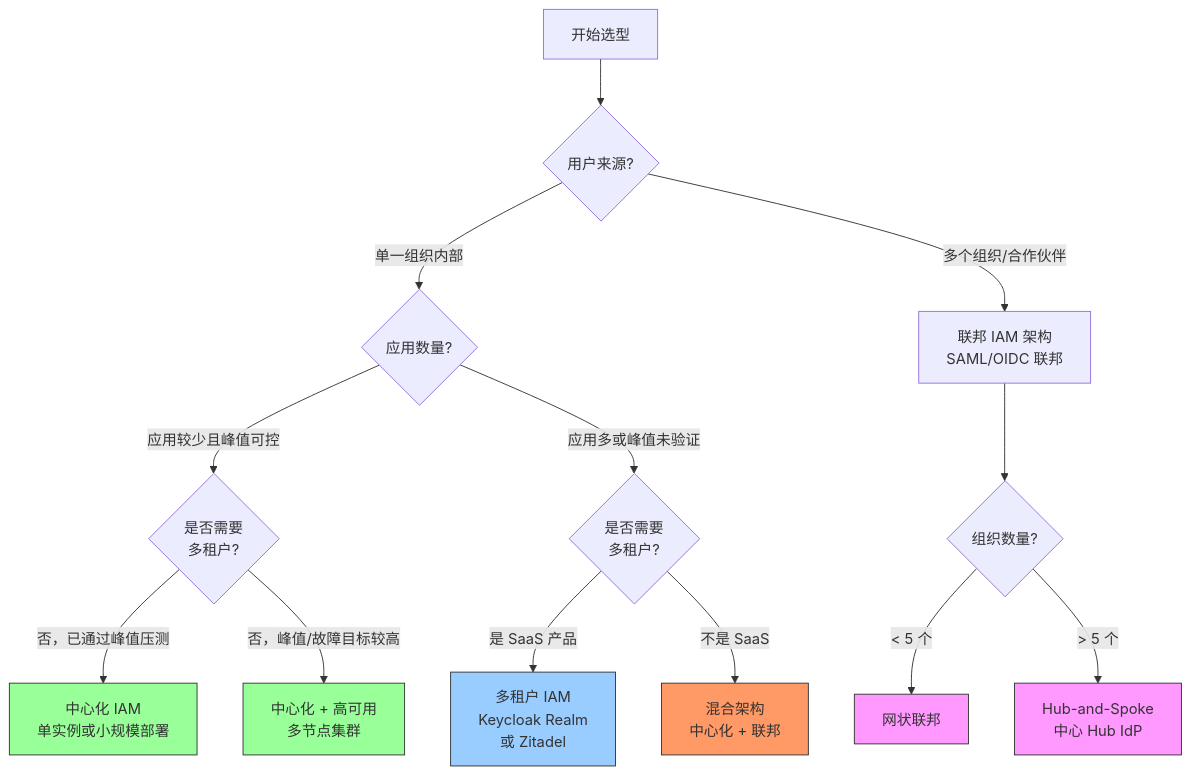
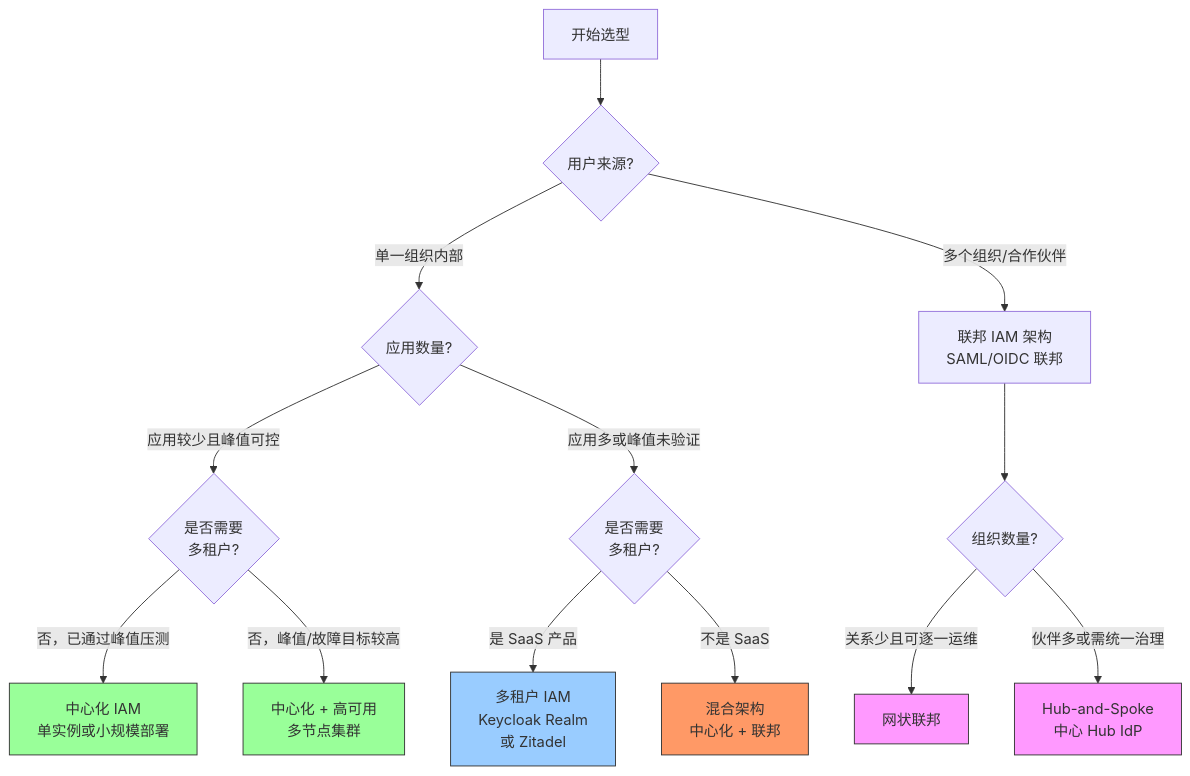
The seventh of 7 diagrams in content/docs/advanced-topics/iam-architecture-design.md (l10178/idaas-book), drawn with Mermaid before and after one commit. The commit also changed other lines of this file, not shown here.

First line of the commit message:
docs: clarify IAM architecture boundaries (#197)

````diff
--- a/content/docs/advanced-topics/iam-architecture-design.md
+++ b/content/docs/advanced-topics/iam-architecture-design.md
@@ -304,27 +304,27 @@
 ```mermaid
 graph TD
     Start[开始选型] --> Q1{用户来源?}
 
     Q1 -->|单一组织内部| Q2{应用数量?}
     Q1 -->|多个组织/合作伙伴| Fed[联邦 IAM 架构<br/>SAML/OIDC 联邦]
 
     Q2 -->|应用较少且峰值可控| Q3{是否需要<br/>多租户?}
     Q2 -->|应用多或峰值未验证| Q4{是否需要<br/>多租户?}
 
     Q3 -->|否，已通过峰值压测| Central[中心化 IAM<br/>单实例或小规模部署]
     Q3 -->|否，峰值/故障目标较高| HA[中心化 + 高可用<br/>多节点集群]
 
     Q4 -->|是 SaaS 产品| MT[多租户 IAM<br/>Keycloak Realm<br/>或 Zitadel]
     Q4 -->|不是 SaaS| Hybrid[混合架构<br/>中心化 + 联邦]
 
     Fed --> FQ{组织数量?}
-    FQ -->|< 5 个| Mesh[网状联邦]
-    FQ -->|> 5 个| Hub[Hub-and-Spoke<br/>中心 Hub IdP]
+    FQ -->|关系少且可逐一运维| Mesh[网状联邦]
+    FQ -->|伙伴多或需统一治理| Hub[Hub-and-Spoke<br/>中心 Hub IdP]
 
     style Central fill:#9f9,stroke:#333
     style HA fill:#9f9,stroke:#333
     style MT fill:#9cf,stroke:#333
     style Hybrid fill:#f96,stroke:#333
     style Mesh fill:#f9f,stroke:#333
     style Hub fill:#f9f,stroke:#333
 ```
````
